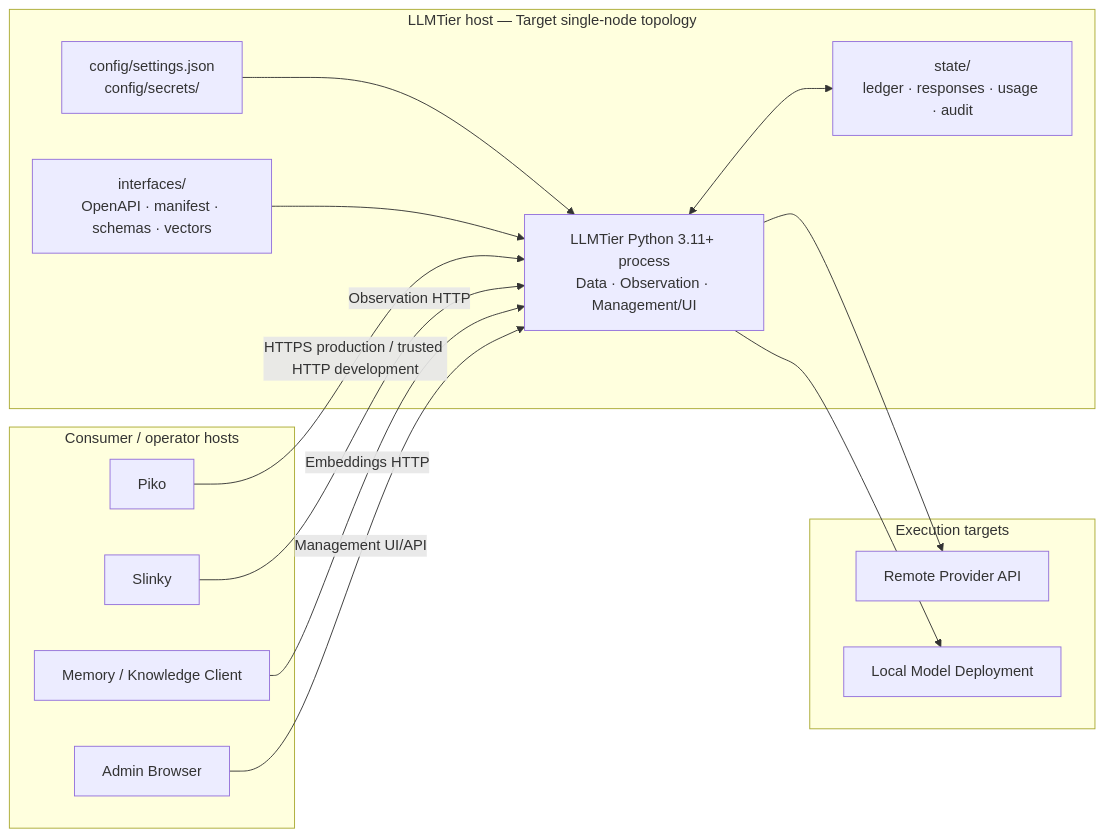
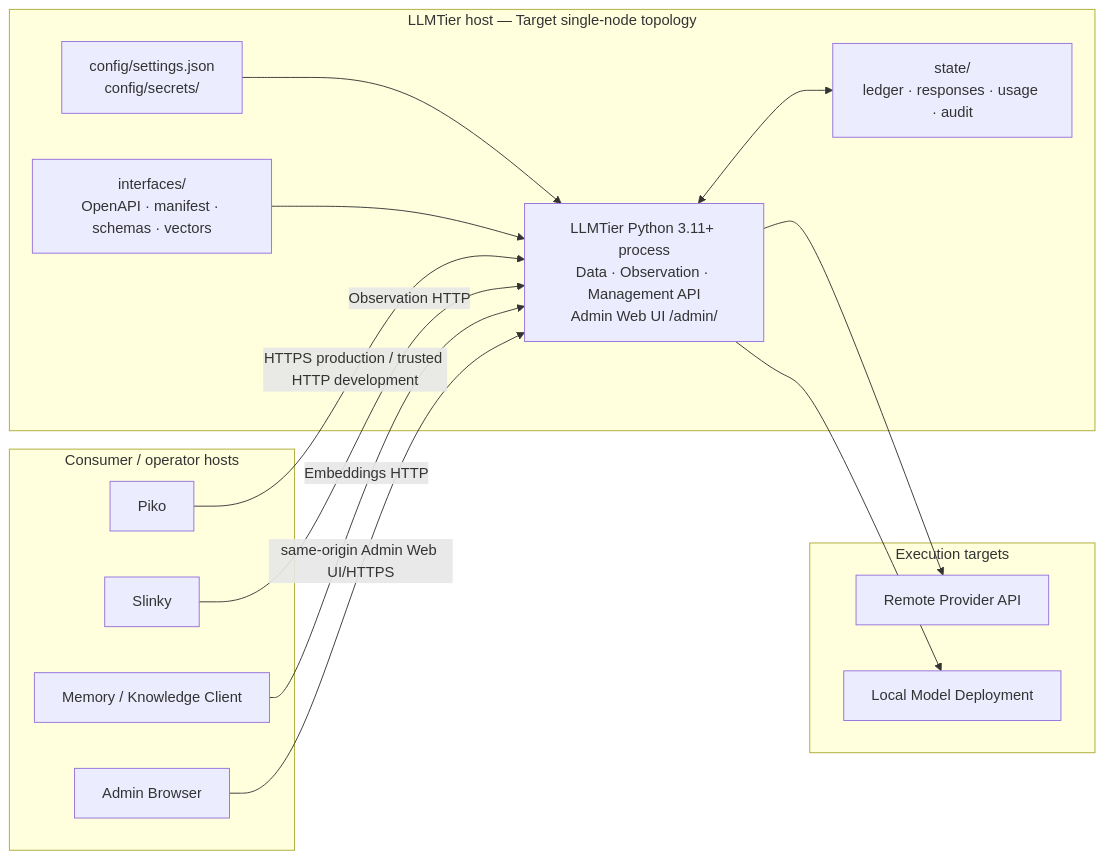
Before and after one commit to corezilla/LLMTier: the fifth of 8 diagrams in docs/20_system_design/llmtier-system-design.md, drawn with Mermaid. The commit also changed other lines of this file and 17 other files, not shown here.

````diff
--- a/docs/20_system_design/llmtier-system-design.md
+++ b/docs/20_system_design/llmtier-system-design.md
@@ -542,31 +563,31 @@
 ```mermaid
 flowchart LR
     subgraph ClientHosts["Consumer / operator hosts"]
         P["Piko"]
         S["Slinky"]
         M["Memory / Knowledge Client"]
         Browser["Admin Browser"]
     end
 
     subgraph LLHost["LLMTier host — Target single-node topology"]
-        Service["LLMTier Python 3.11+ process<br/>Data · Observation · Management/UI"]
+        Service["LLMTier Python 3.11+ process<br/>Data · Observation · Management API<br/>Admin Web UI /admin/"]
         Config["config/settings.json<br/>config/secrets/"]
         State["state/<br/>ledger · responses · usage · audit"]
         Contract["interfaces/<br/>OpenAPI · manifest · schemas · vectors"]
         Config --> Service
         Contract --> Service
         Service <--> State
     end
 
     subgraph ModelTargets["Execution targets"]
         Remote["Remote Provider API"]
         Local["Local Model Deployment"]
     end
 
     P -->|HTTPS production / trusted HTTP development| Service
     S -->|Observation HTTP| Service
     M -->|Embeddings HTTP| Service
-    Browser -->|Management UI/API| Service
+    Browser -->|same-origin Admin Web UI/HTTPS| Service
     Service --> Remote
     Service --> Local
 ```
````
